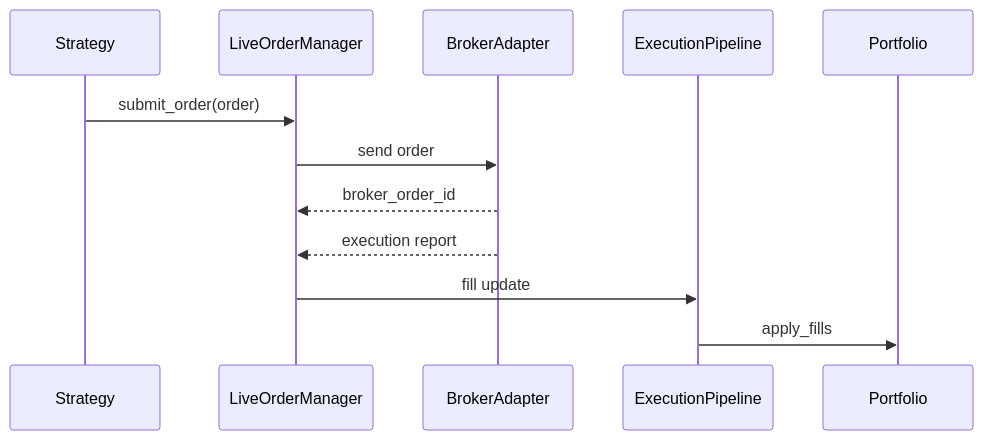
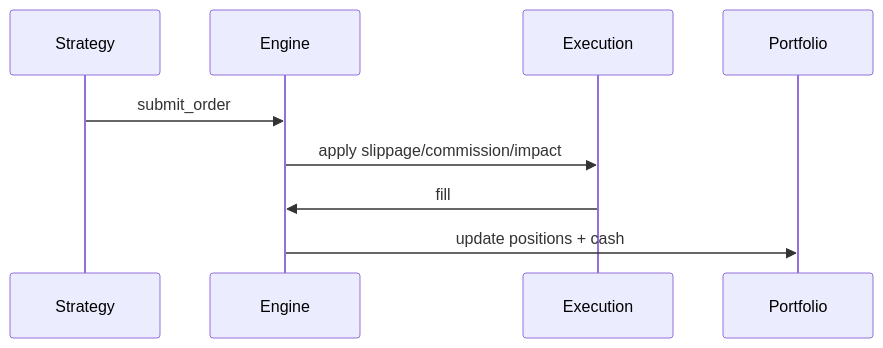
One commit to gregorian-09/regime-flow changed the diagram in docs/explanation/execution-flow.md. Above: the diagram before and after it, drawn with Mermaid. The commit also changed other lines of this file and 58 other files, not shown here.

````diff
--- a/docs/explanation/execution-flow.md
+++ b/docs/explanation/execution-flow.md
@@ -26,15 +7,12 @@
 ```mermaid
 sequenceDiagram
   participant Strategy
-  participant LiveOrderManager
-  participant BrokerAdapter
-  participant ExecutionPipeline
+  participant Engine
+  participant Execution
   participant Portfolio
 
-  Strategy->>LiveOrderManager: submit_order(order)
-  LiveOrderManager->>BrokerAdapter: send order
-  BrokerAdapter-->>LiveOrderManager: broker_order_id
-  BrokerAdapter-->>LiveOrderManager: execution report
-  LiveOrderManager->>ExecutionPipeline: fill update
-  ExecutionPipeline->>Portfolio: apply_fills
+  Strategy->>Engine: submit_order
+  Engine->>Execution: apply slippage/commission/impact
+  Execution->>Engine: fill
+  Engine->>Portfolio: update positions + cash
 ```
````
